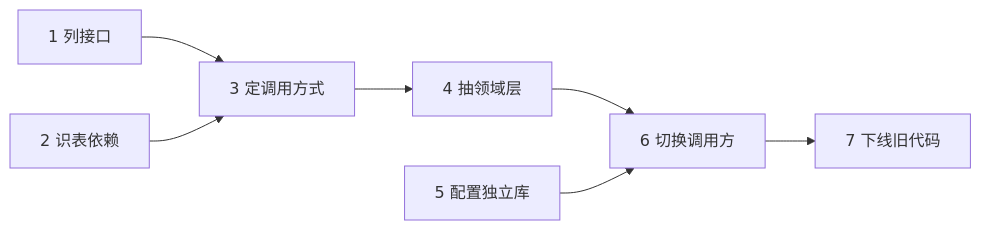
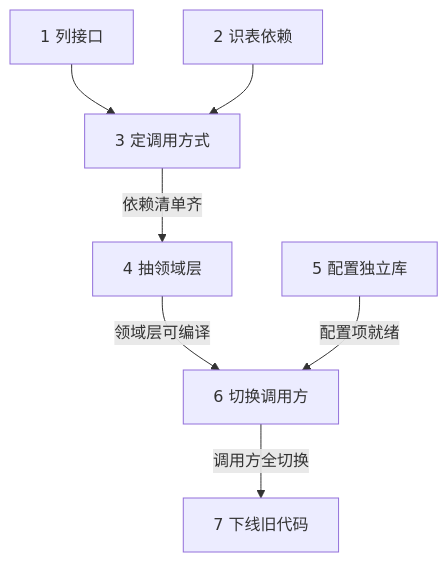
The second of 2 diagrams in vault/工程知识/AI 系统工程：从模型能力到生产能力/Agent与工作流/任务分解的质量决定Agent的上限.md (hub138/technical-knowledge), drawn with Mermaid before and after one commit. The commit also changed other lines of this file and 622 other files, not shown here.

````diff
--- a/vault/工程知识/AI 系统工程：从模型能力到生产能力/Agent与工作流/任务分解的质量决定Agent的上限.md
+++ b/vault/工程知识/AI 系统工程：从模型能力到生产能力/Agent与工作流/任务分解的质量决定Agent的上限.md
@@ -80,9 +92,9 @@
 ```mermaid
-flowchart LR
+flowchart TD
     s1["1 列接口"] --> s3["3 定调用方式"]
     s2["2 识表依赖"] --> s3
-    s3 --> s4["4 抽领域层"]
-    s4 --> s6["6 切换调用方"]
-    s5["5 配置独立库"] --> s6
-    s6 --> s7["7 下线旧代码"]
+    s3 -->|依赖清单齐| s4["4 抽领域层"]
+    s4 -->|领域层可编译| s6["6 切换调用方"]
+    s5["5 配置独立库"] -->|配置项就绪| s6
+    s6 -->|调用方全切换| s7["7 下线旧代码"]
 ```
````
